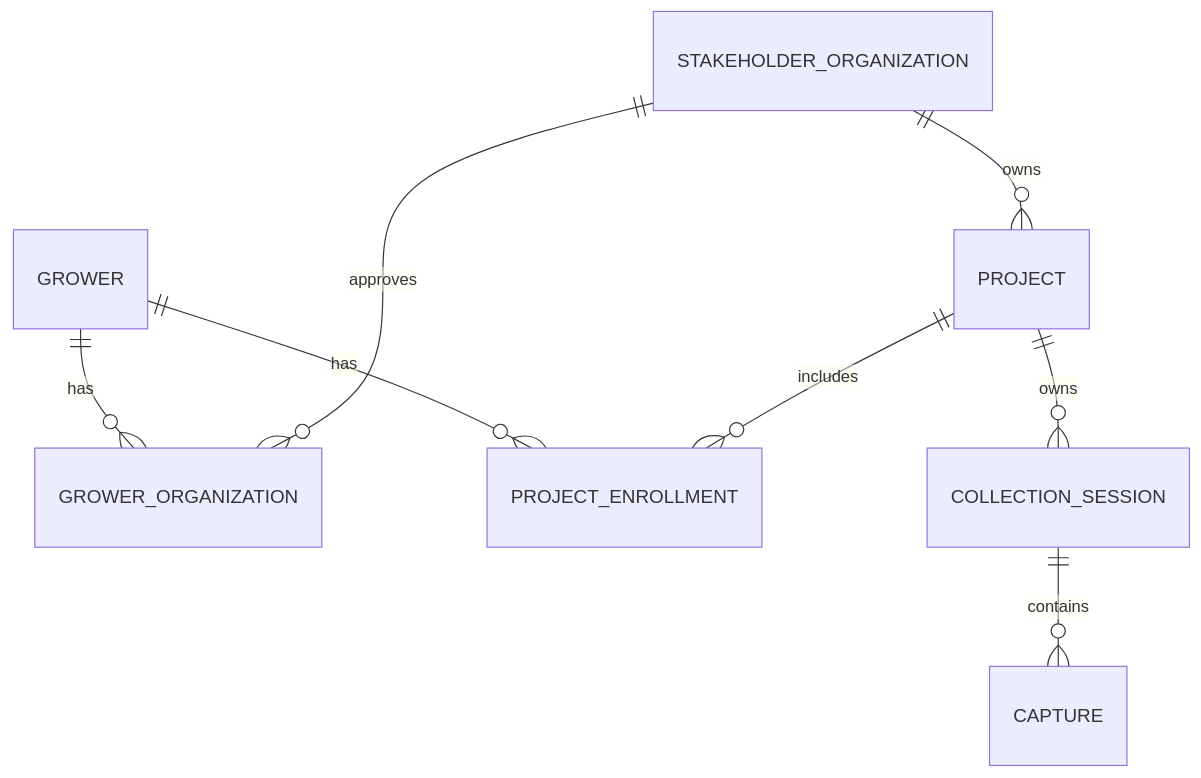
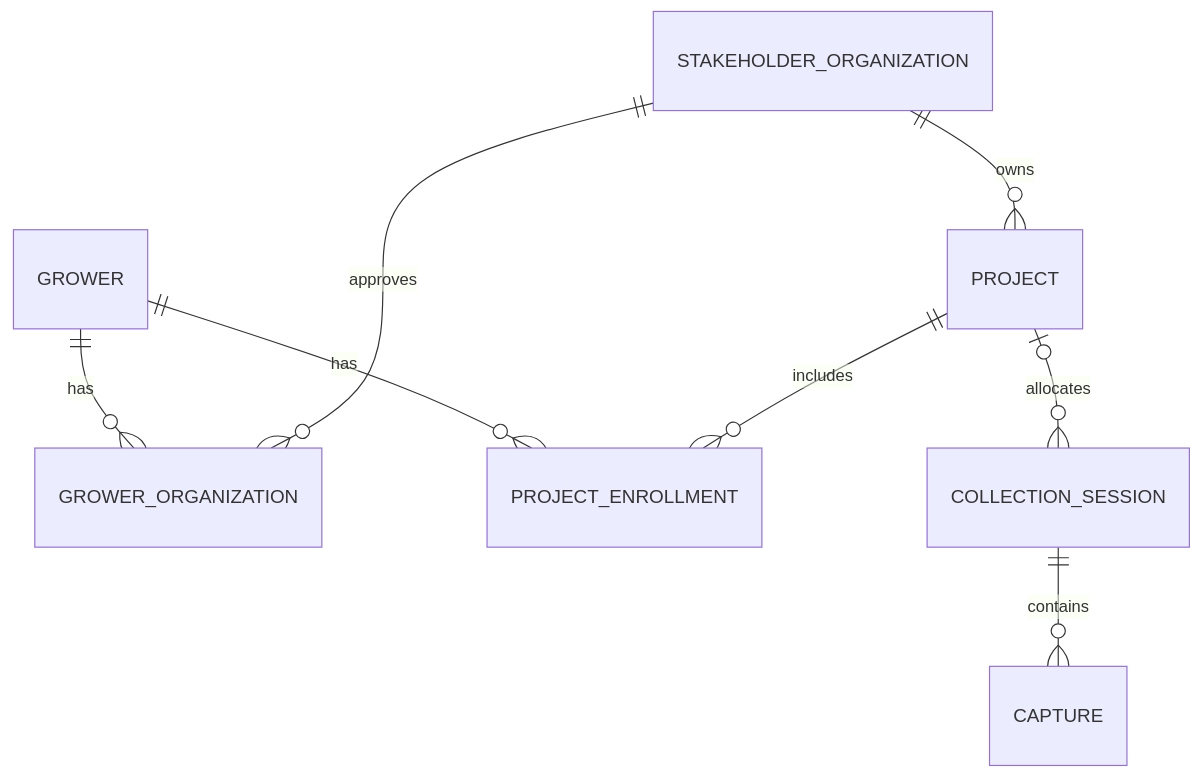
The third of 5 diagrams in 0024-stakeholder-membership-project-session-routing.md (Greenstand/treetracker-decisions), drawn with Mermaid before and after one commit. The commit also changed other lines of this file, not shown here.

Commit message:
docs: preserve simple offline collection and defer allocation confirmation

````diff
--- a/0024-stakeholder-membership-project-session-routing.md
+++ b/0024-stakeholder-membership-project-session-routing.md
@@ -116,10 +117,10 @@
 ```mermaid
 erDiagram
     GROWER ||--o{ GROWER_ORGANIZATION : has
     STAKEHOLDER_ORGANIZATION ||--o{ GROWER_ORGANIZATION : approves
     STAKEHOLDER_ORGANIZATION ||--o{ PROJECT : owns
     GROWER ||--o{ PROJECT_ENROLLMENT : has
     PROJECT ||--o{ PROJECT_ENROLLMENT : includes
-    PROJECT ||--o{ COLLECTION_SESSION : owns
+    PROJECT |o--o{ COLLECTION_SESSION : allocates
     COLLECTION_SESSION ||--o{ CAPTURE : contains
 ```
````
